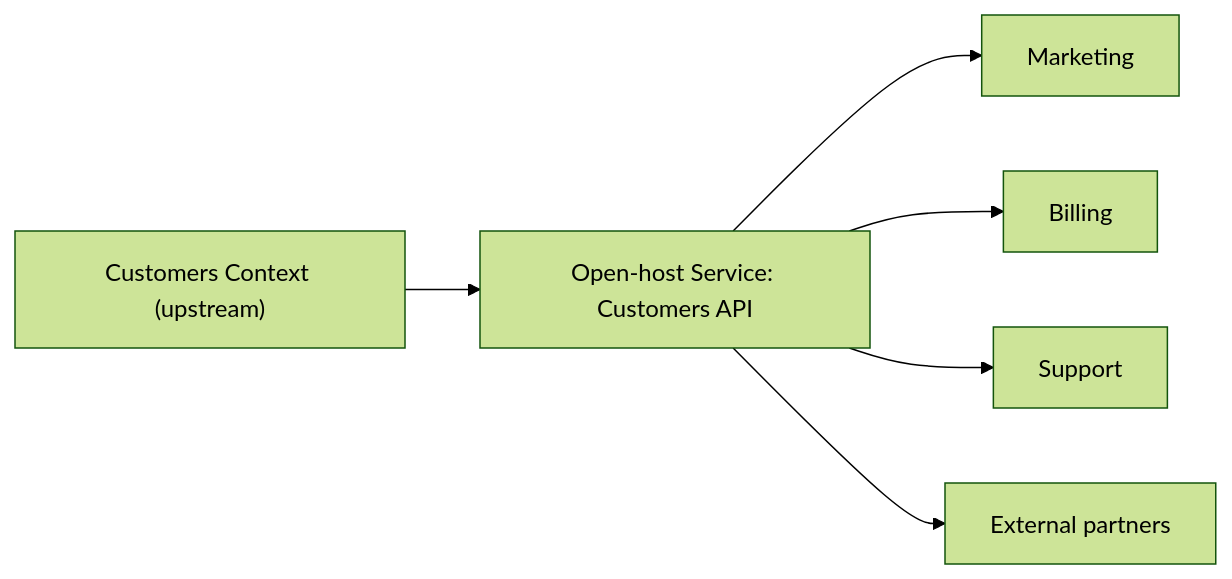
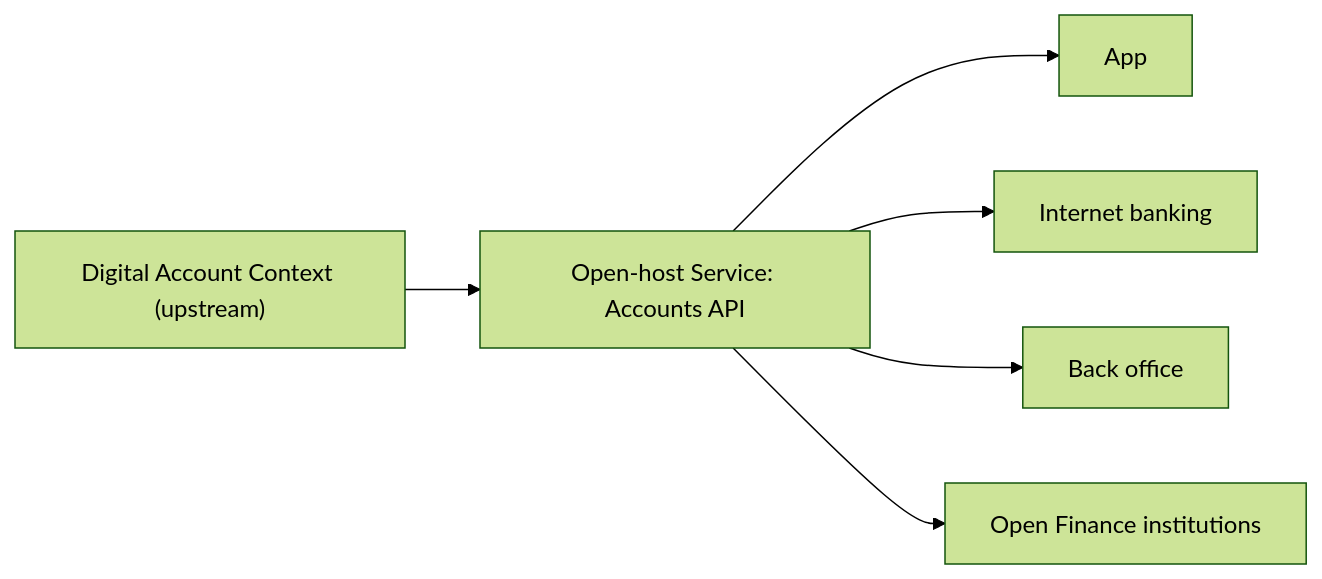
Before and after one commit to alancesar/design-patterns: the diagram in i18n/en/docusaurus-plugin-content-docs/current/design/ddd/context-mapping/open-host-service.md, drawn with Mermaid (forest theme). The commit also changed other lines of this file and 67 other files, not shown here.

First line of the commit message:
Switch DDD examples and diagrams to fintech scenarios

````diff
--- a/i18n/en/docusaurus-plugin-content-docs/current/design/ddd/context-mapping/open-host-service.md
+++ b/i18n/en/docusaurus-plugin-content-docs/current/design/ddd/context-mapping/open-host-service.md
@@ -56,8 +56,8 @@
 ```mermaid
 flowchart LR
-    U["Customers Context (upstream)"] --> OHS["Open-host Service: Customers API"]
-    OHS --> C1["Marketing"]
-    OHS --> C2["Billing"]
-    OHS --> C3["Support"]
-    OHS --> C4["External partners"]
+    U["Digital Account Context (upstream)"] --> OHS["Open-host Service: Accounts API"]
+    OHS --> C1["App"]
+    OHS --> C2["Internet banking"]
+    OHS --> C3["Back office"]
+    OHS --> C4["Open Finance institutions"]
 ```
````
